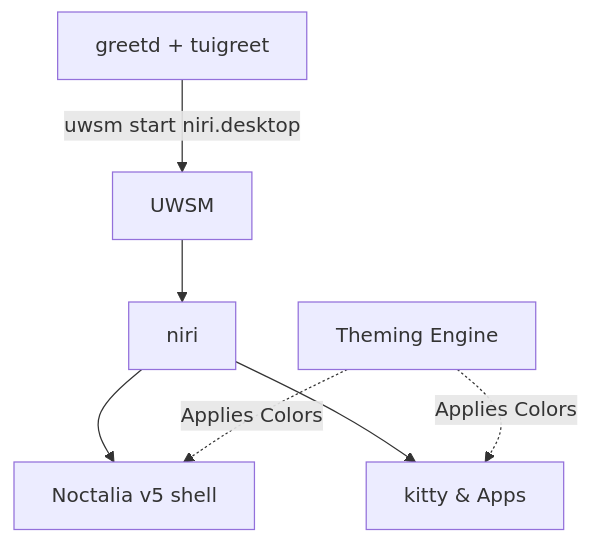
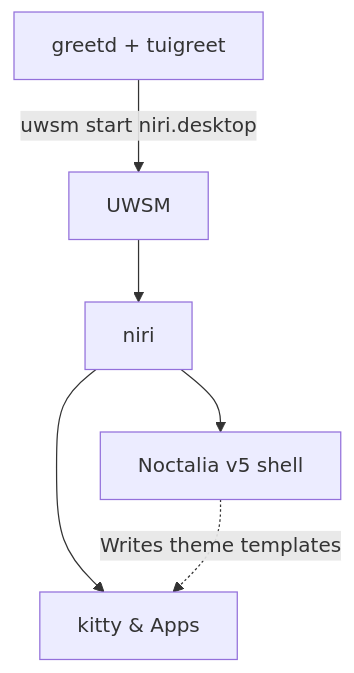
The diagram in content/en/desktop/_index.md (lowcache/volnixos-wiki), drawn with Mermaid before and after one commit. The commit also changed other lines of this file and 36 other files, not shown here.

````diff
--- a/content/en/desktop/_index.md
+++ b/content/en/desktop/_index.md
@@ -15,9 +15,8 @@
 ```mermaid
 graph TD
     A[greetd + tuigreet] -->|uwsm start niri.desktop| B[UWSM]
     B --> C[niri]
     C --> D[Noctalia v5 shell]
     C --> E[kitty & Apps]
-    F[Theming Engine] -.->|Applies Colors| D
-    F -.->|Applies Colors| E
+    D -.->|Writes theme templates| E
 ```
````
